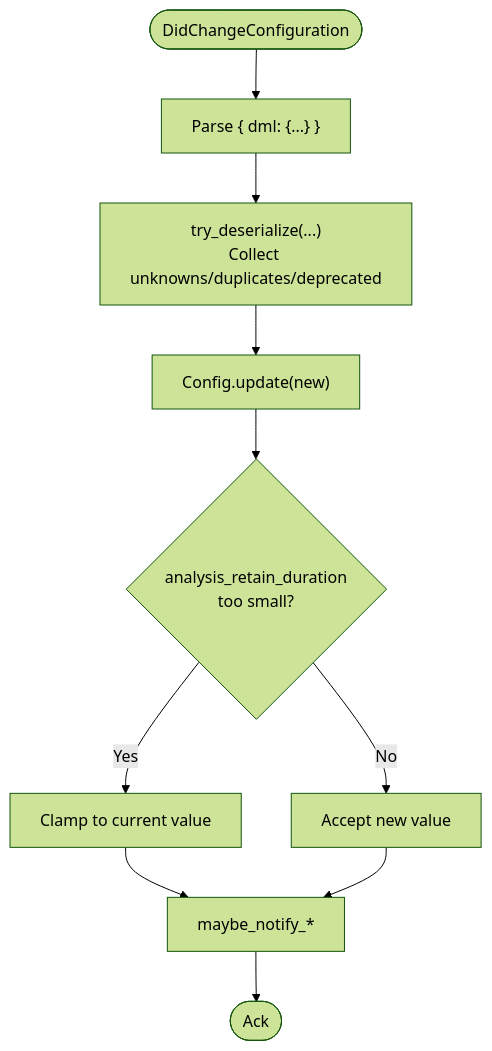
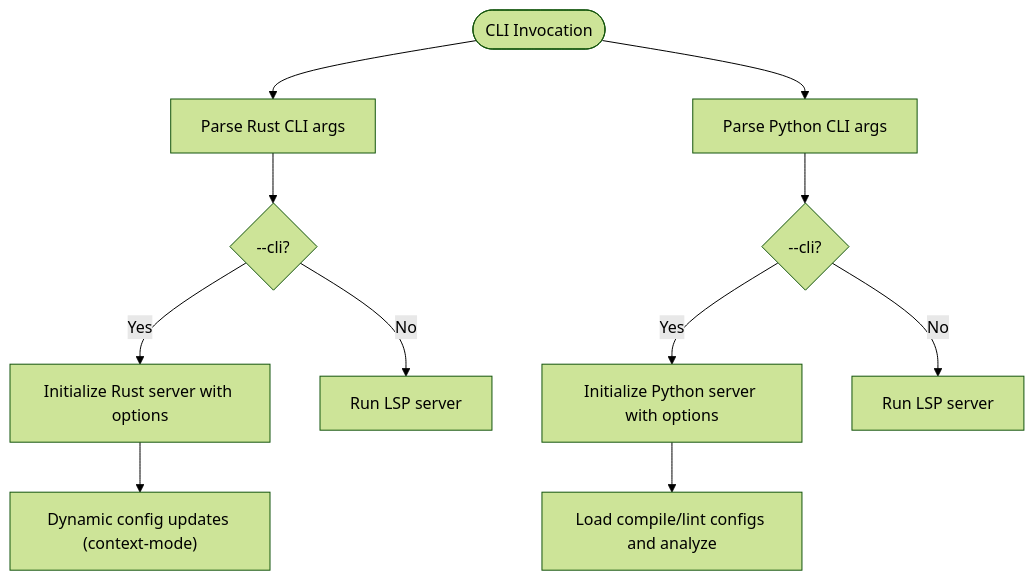
Before and after one commit to fenghaitao/dml-language-server: the fifth of 9 diagrams in .qoder/repowiki/en/content/Configuration Management.md, drawn with Mermaid (forest theme). The commit also changed other lines of this file and 119 other files, not shown here.

First line of the commit message:
docs(api): add comprehensive API reference for DML Language Server

````diff
--- a/.qoder/repowiki/en/content/Configuration Management.md
+++ b/.qoder/repowiki/en/content/Configuration Management.md
@@ -235,12 +270,13 @@
 ```mermaid
 flowchart TD
-Start(["DidChangeConfiguration"]) --> Parse["Parse { dml: {...} }"]
-Parse --> Validate["try_deserialize(...)<br/>Collect unknowns/duplicates/deprecated"]
-Validate --> Apply["Config.update(new)"]
-Apply --> CheckRetain{"analysis_retain_duration<br/>too small?"}
-CheckRetain --> |Yes| Clamp["Clamp to current value"]
-CheckRetain --> |No| Keep["Accept new value"]
-Clamp --> Notify["maybe_notify_*"]
-Keep --> Notify
-Notify --> End(["Ack"])
+Start(["CLI Invocation"]) --> ParseRust["Parse Rust CLI args"]
+ParseRust --> RustCLI{"--cli?"}
+RustCLI --> |Yes| InitRust["Initialize Rust server with options"]
+RustCLI --> |No| RunLSP["Run LSP server"]
+Start --> ParsePy["Parse Python CLI args"]
+ParsePy --> PyCLI{"--cli?"}
+PyCLI --> |Yes| InitPy["Initialize Python server with options"]
+PyCLI --> |No| RunPyLSP["Run LSP server"]
+InitRust --> DynUpdate["Dynamic config updates (context-mode)"]
+InitPy --> PyAnalyze["Load compile/lint configs and analyze"]
 ```
````
